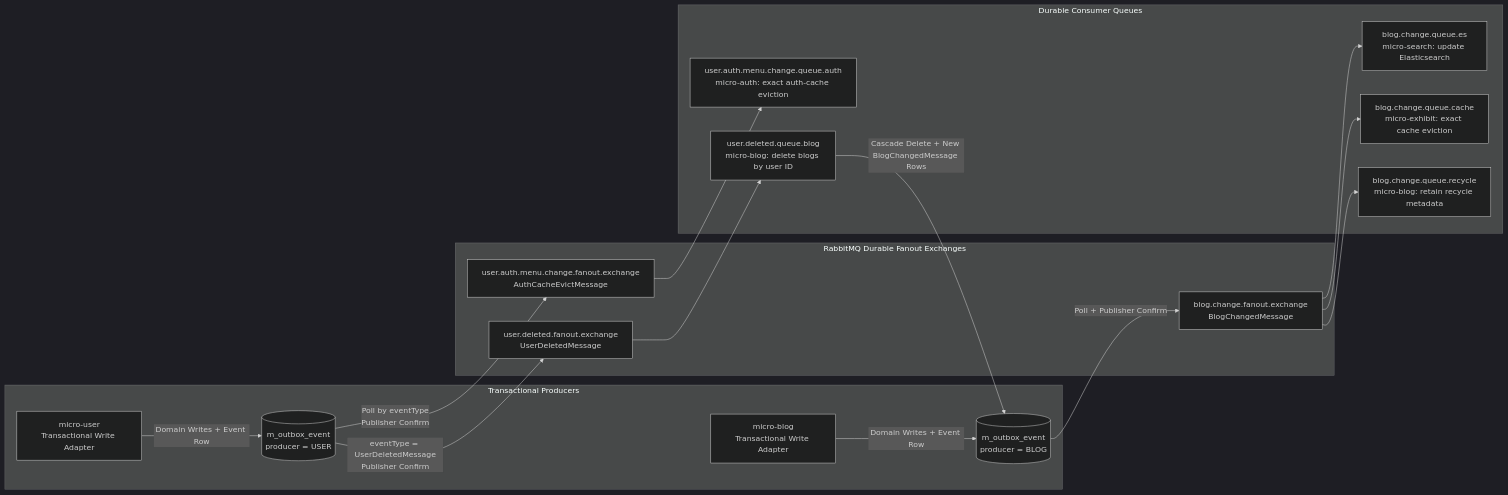
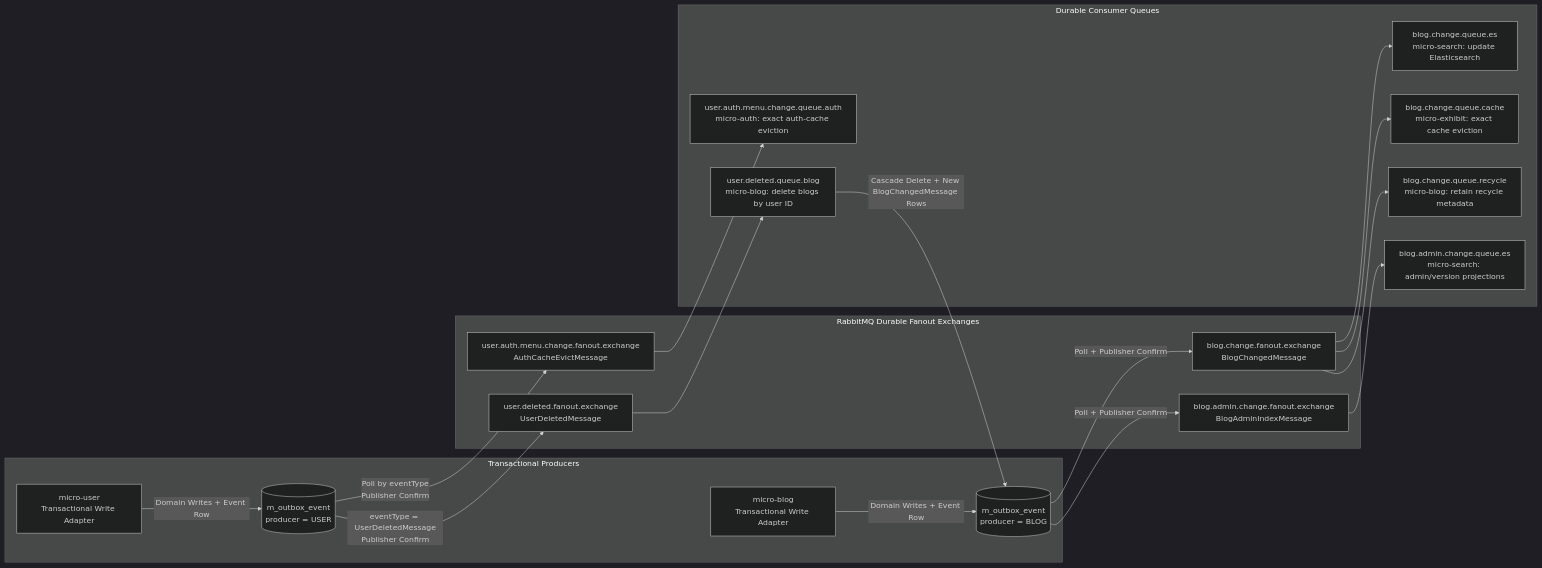
One commit to mingchiuli/megalith-micro changed the second of 2 diagrams in README.md. Above: the diagram before and after it, drawn with Mermaid (dark theme). The commit also changed other lines of this file and 55 other files, not shown here.

````diff
--- a/README.md
+++ b/README.md
@@ -153,37 +153,41 @@
 ```mermaid
 flowchart LR
     subgraph Producers[Transactional Producers]
         UserWrite["micro-user<br/>Transactional Write Adapter"]
         UserOutbox[("m_outbox_event<br/>producer = USER")]
         BlogWrite["micro-blog<br/>Transactional Write Adapter"]
         BlogOutbox[("m_outbox_event<br/>producer = BLOG")]
         UserWrite -->|Domain Writes + Event Row| UserOutbox
         BlogWrite -->|Domain Writes + Event Row| BlogOutbox
     end
 
     subgraph Exchanges[RabbitMQ Durable Fanout Exchanges]
         AuthExchange["user.auth.menu.change.fanout.exchange<br/>AuthCacheEvictMessage"]
         DeletedExchange["user.deleted.fanout.exchange<br/>UserDeletedMessage"]
         BlogExchange["blog.change.fanout.exchange<br/>BlogChangedMessage"]
+        AdminExchange["blog.admin.change.fanout.exchange<br/>BlogAdminIndexMessage"]
     end
 
     subgraph Queues[Durable Consumer Queues]
         AuthQueue["user.auth.menu.change.queue.auth<br/>micro-auth: exact auth-cache eviction"]
         DeletedQueue["user.deleted.queue.blog<br/>micro-blog: delete blogs by user ID"]
         SearchQueue["blog.change.queue.es<br/>micro-search: update Elasticsearch"]
+        AdminQueue["blog.admin.change.queue.es<br/>micro-search: admin/version projections"]
         CacheQueue["blog.change.queue.cache<br/>micro-exhibit: exact cache eviction"]
         RecycleQueue["blog.change.queue.recycle<br/>micro-blog: retain recycle metadata"]
     end
 
     UserOutbox -->|"Poll by eventType<br/>Publisher Confirm"| AuthExchange
     UserOutbox -->|"eventType = UserDeletedMessage<br/>Publisher Confirm"| DeletedExchange
     BlogOutbox -->|"Poll + Publisher Confirm"| BlogExchange
+    BlogOutbox -->|"Poll + Publisher Confirm"| AdminExchange
 
     AuthExchange --> AuthQueue
     DeletedExchange --> DeletedQueue
     BlogExchange --> SearchQueue
+    AdminExchange --> AdminQueue
     BlogExchange --> CacheQueue
     BlogExchange --> RecycleQueue
 
     DeletedQueue -->|Cascade Delete + New BlogChangedMessage Rows| BlogOutbox
 ```
````
